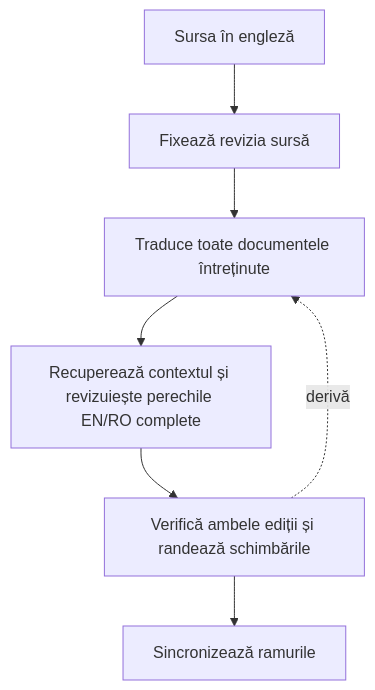
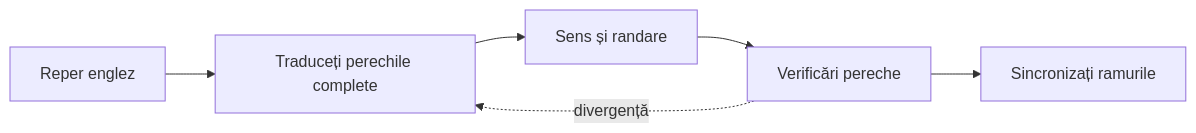
One commit to crististefanita/ATF_AI changed the diagram in docs/governance/Readme_Editions.md. Above: the diagram before and after it, drawn with Mermaid. The commit also changed other lines of this file and 111 other files, not shown here.

````diff
--- a/docs/governance/Readme_Editions.md
+++ b/docs/governance/Readme_Editions.md
@@ -36,9 +36,8 @@
 ```mermaid
-flowchart TB
-    Main["Sursa în engleză"] --> Freeze["Fixează revizia sursă"]
-    Freeze --> Translate["Traduce toate documentele întreținute"]
-    Translate --> Review["Recuperează contextul și revizuiește perechile EN/RO complete"]
-    Review --> Check["Verifică ambele ediții și randează schimbările"]
-    Check --> Publish["Sincronizează ramurile"]
-    Check -. derivă .-> Translate
+flowchart LR
+    Freeze["Reper englez"] --> Translate["Traduceți perechile complete"]
+    Translate --> Review["Sens și randare"]
+    Review --> Check["Verificări pereche"]
+    Check --> Publish["Sincronizați ramurile"]
+    Check -. divergență .-> Translate
 ```
````
